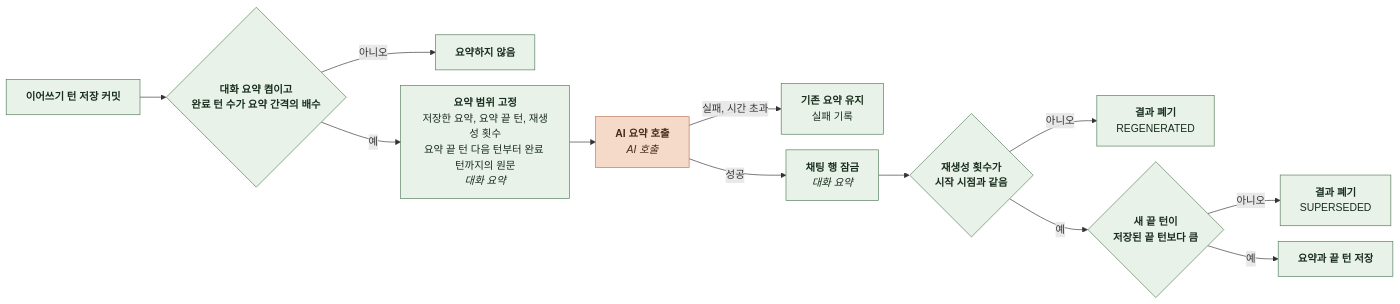
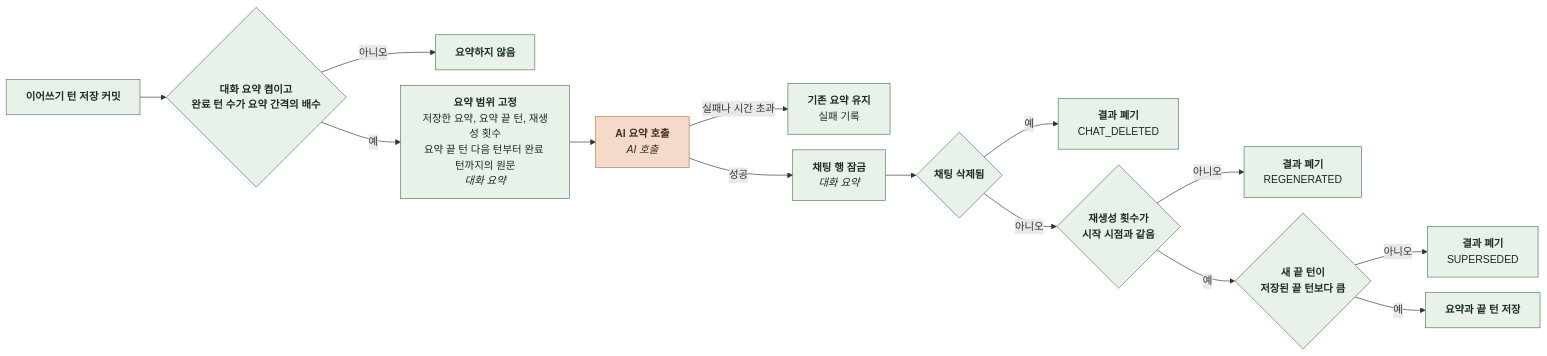
One commit to KIM-N-KANG/knk-harness changed diagram 16 of 16 in docs/domain/CHAT/BACKEND/4-1-PIPELINES.md. Above: the diagram before and after it, drawn with Mermaid. The commit also changed other lines of this file and 6 other files, not shown here.

````diff
--- a/docs/domain/CHAT/BACKEND/4-1-PIPELINES.md
+++ b/docs/domain/CHAT/BACKEND/4-1-PIPELINES.md
@@ -703,30 +703,33 @@
 ```mermaid
 %%{init: {"flowchart": {"curve": "basis", "nodeSpacing": 24, "rankSpacing": 40}}}%%
 flowchart LR
     A["`**이어쓰기 턴 저장 커밋**`"] --> B{"`**대화 요약 켬이고
 완료 턴 수가 요약 간격의 배수**`"}
     B -->|아니오| Z["`**요약하지 않음**`"]
     B -->|예| C["`**요약 범위 고정**
 저장한 요약, 요약 끝 턴, 재생성 횟수
 요약 끝 턴 다음 턴부터 완료 턴까지의 원문
 *대화 요약*`"]
     C --> D["`**AI 요약 호출**
 *AI 호출*`"]
-    D -->|실패, 시간 초과| F["`**기존 요약 유지**
+    D -->|실패나 시간 초과| F["`**기존 요약 유지**
 실패 기록`"]
     D -->|성공| E["`**채팅 행 잠금**
 *대화 요약*`"]
-    E --> R{"`**재생성 횟수가
+    E --> DL{"`**채팅 삭제됨**`"}
+    DL -->|예| XD["`**결과 폐기**
+CHAT_DELETED`"]
+    DL -->|아니오| R{"`**재생성 횟수가
 시작 시점과 같음**`"}
     R -->|아니오| X["`**결과 폐기**
 REGENERATED`"]
     R -->|예| M{"`**새 끝 턴이
 저장된 끝 턴보다 큼**`"}
     M -->|아니오| Y["`**결과 폐기**
 SUPERSEDED`"]
     M -->|예| S["`**요약과 끝 턴 저장**`"]
     classDef comp fill:#E8F2E8,stroke:#527A59,color:#182D1D
     classDef task fill:#F5D9C9,stroke:#B97450,color:#452B1D
-    class A,B,Z,C,F,E,R,X,M,Y,S comp
+    class A,B,Z,C,F,E,DL,XD,R,X,M,Y,S comp
     class D task
 ```
````
